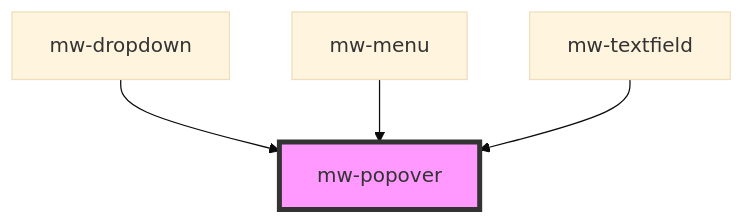
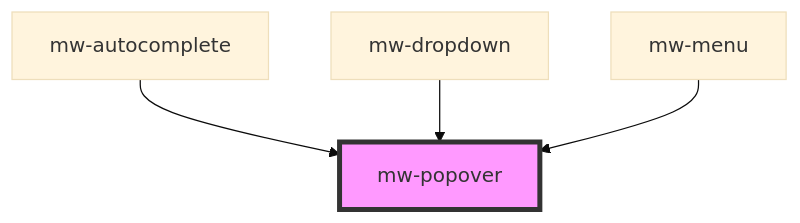
The diagram in mwui-stencil/src/components/mw-popover/readme.md (MaibornWolff/mwui), drawn with Mermaid (base theme) before and after one commit. The commit also changed other lines of this file and 25 other files, not shown here.

````diff
--- a/mwui-stencil/src/components/mw-popover/readme.md
+++ b/mwui-stencil/src/components/mw-popover/readme.md
@@ -33,7 +33,7 @@
 ```mermaid
 graph TD;
+  mw-autocomplete --> mw-popover
   mw-dropdown --> mw-popover
   mw-menu --> mw-popover
-  mw-textfield --> mw-popover
   style mw-popover fill:#f9f,stroke:#333,stroke-width:4px
 ```
````
